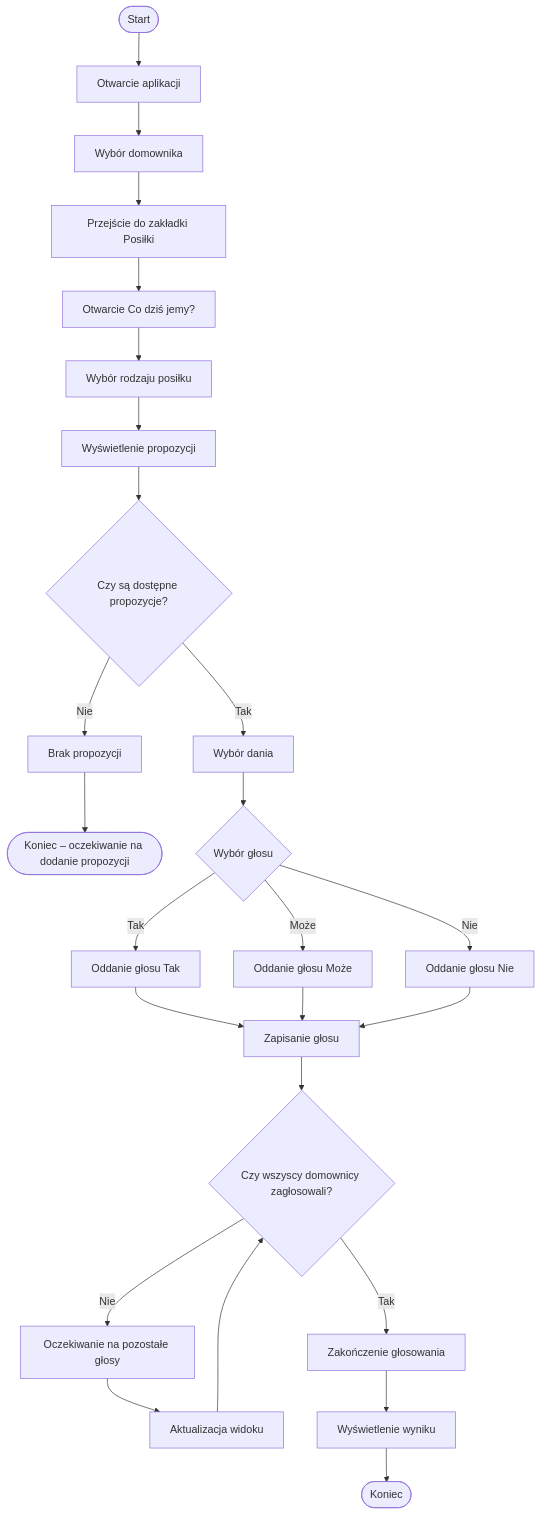
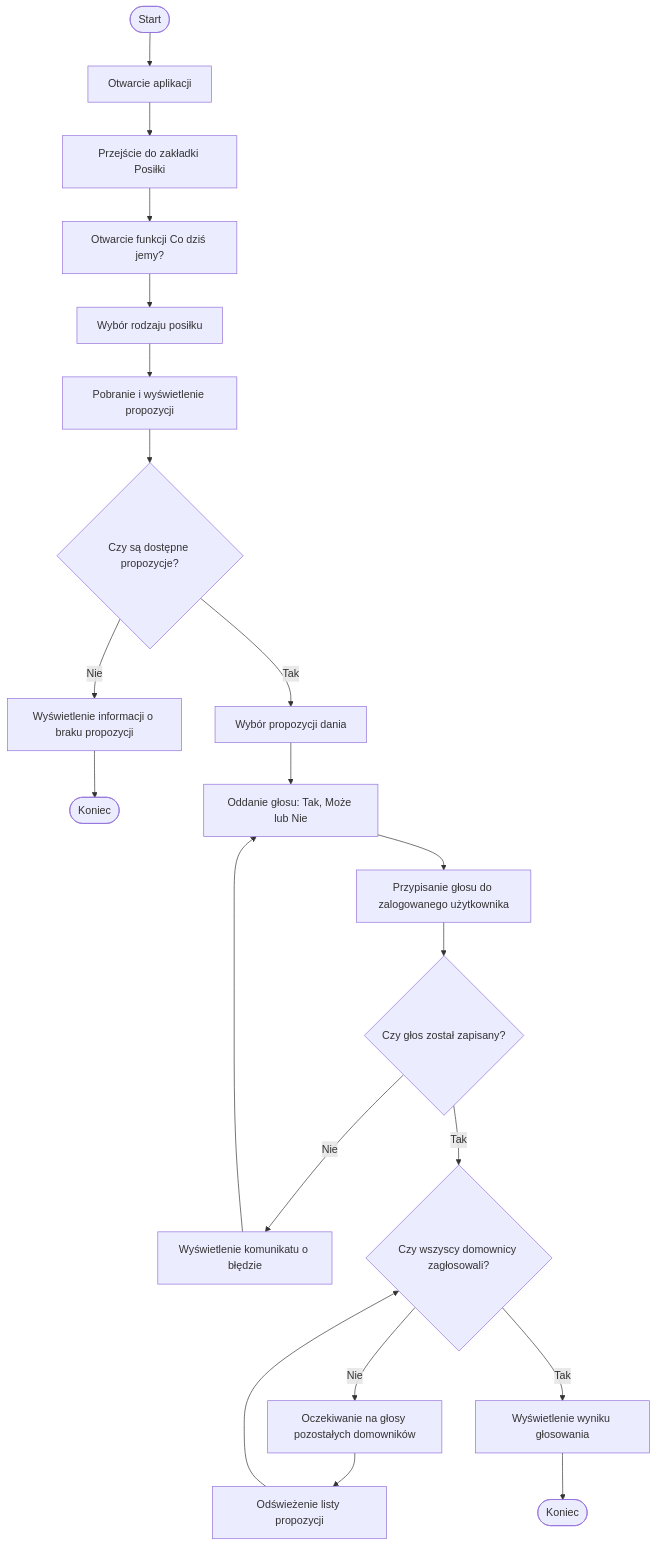
The second of 2 diagrams in docs/user-journey/user-flows.md (kasiek986/Hungrycator), drawn with Mermaid before and after one commit. The commit also changed other lines of this file, not shown here.

First line of the commit message:
Revise user flows and process descriptions

````diff
--- a/docs/user-journey/user-flows.md
+++ b/docs/user-journey/user-flows.md
@@ -103,34 +75,23 @@
 ```mermaid
 flowchart TD
     A([Start]) --> B[Otwarcie aplikacji]
-    B --> C[Wybór domownika]
-    C --> D[Przejście do zakładki Posiłki]
-    D --> E[Otwarcie Co dziś jemy?]
-    E --> F[Wybór rodzaju posiłku]
-    F --> G[Wyświetlenie propozycji]
-    G --> H{Czy są dostępne propozycje?}
-
-    H -->|Nie| I[Brak propozycji]
-    I --> J([Koniec – oczekiwanie na dodanie propozycji])
-
-    H -->|Tak| K[Wybór dania]
-    K --> L{Wybór głosu}
-
-    L -->|Tak| M[Oddanie głosu Tak]
-    L -->|Może| N[Oddanie głosu Może]
-    L -->|Nie| O[Oddanie głosu Nie]
-
-    M --> P[Zapisanie głosu]
-    N --> P
-    O --> P
-
-    P --> Q{Czy wszyscy domownicy zagłosowali?}
-
-    Q -->|Nie| R[Oczekiwanie na pozostałe głosy]
-    R --> S[Aktualizacja widoku]
-    S --> Q
-
-    Q -->|Tak| T[Zakończenie głosowania]
-    T --> U[Wyświetlenie wyniku]
-    U --> V([Koniec])
+    B --> C[Przejście do zakładki Posiłki]
+    C --> D[Otwarcie funkcji Co dziś jemy?]
+    D --> E[Wybór rodzaju posiłku]
+    E --> F[Pobranie i wyświetlenie propozycji]
+    F --> G{Czy są dostępne propozycje?}
+    G -->|Nie| H[Wyświetlenie informacji o braku propozycji]
+    H --> I([Koniec])
+    G -->|Tak| J[Wybór propozycji dania]
+    J --> K[Oddanie głosu: Tak, Może lub Nie]
+    K --> L[Przypisanie głosu do zalogowanego użytkownika]
+    L --> M{Czy głos został zapisany?}
+    M -->|Nie| N[Wyświetlenie komunikatu o błędzie]
+    N --> K
+    M -->|Tak| O{Czy wszyscy domownicy zagłosowali?}
+    O -->|Nie| P[Oczekiwanie na głosy pozostałych domowników]
+    P --> Q[Odświeżenie listy propozycji]
+    Q --> O
+    O -->|Tak| R[Wyświetlenie wyniku głosowania]
+    R --> S([Koniec])
 ```
````
